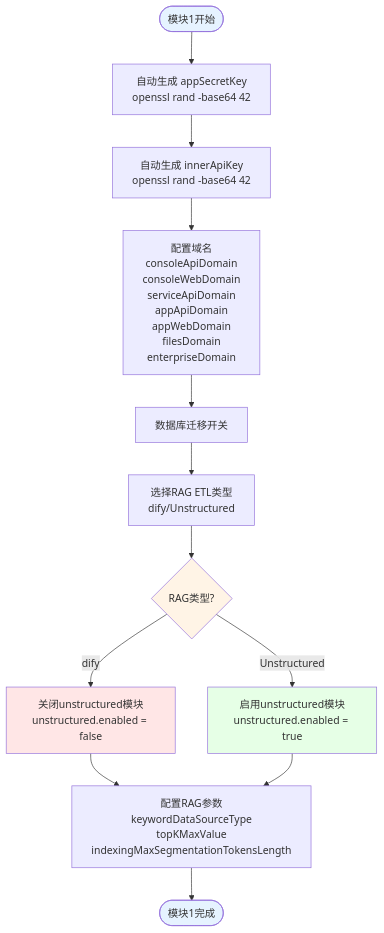
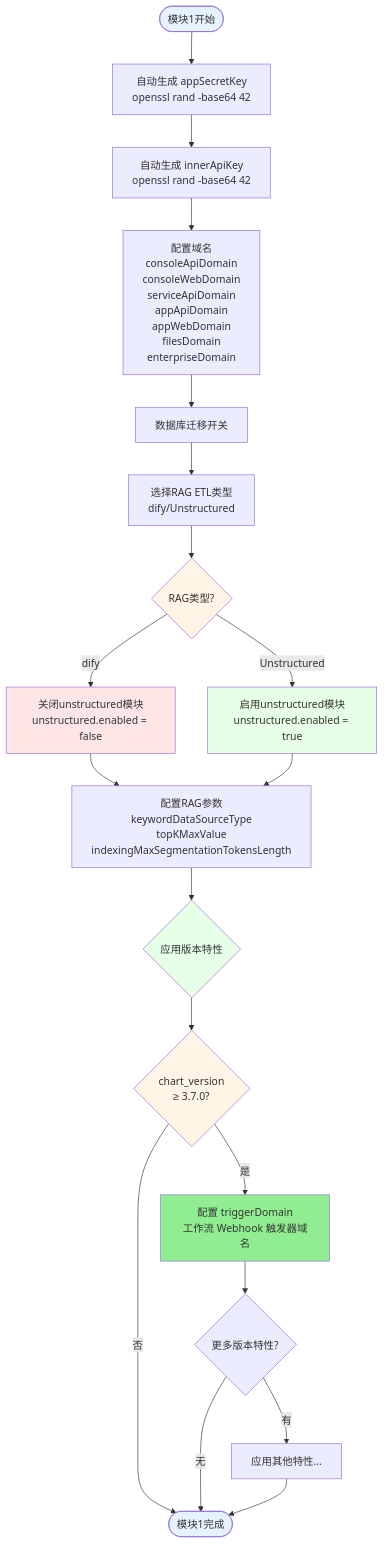
Before and after one commit to langgenius/dify-ee-helm-chart-values-generator: the third of 10 diagrams in docs/FLOWCHART.md, drawn with Mermaid. The commit also changed other lines of this file and 11 other files, not shown here.

First line of the commit message:
Add feature-based architecture for version-specific config and Add support for 3.7.x  (#3)

````diff
--- a/docs/FLOWCHART.md
+++ b/docs/FLOWCHART.md
@@ -40,27 +149,40 @@
 ```mermaid
 flowchart TD
     Start([模块1开始]) --> GenAppSecret[自动生成 appSecretKey<br/>openssl rand -base64 42]
     GenAppSecret --> GenInnerSecret[自动生成 innerApiKey<br/>openssl rand -base64 42]
     
     GenInnerSecret --> Domains[配置域名<br/>consoleApiDomain<br/>consoleWebDomain<br/>serviceApiDomain<br/>appApiDomain<br/>appWebDomain<br/>filesDomain<br/>enterpriseDomain]
     
     Domains --> DBMigration[数据库迁移开关]
     DBMigration --> RAGType[选择RAG ETL类型<br/>dify/Unstructured]
     
     RAGType --> RAGCheck{RAG类型?}
     RAGCheck -->|dify| DisableUnstructured[关闭unstructured模块<br/>unstructured.enabled = false]
     RAGCheck -->|Unstructured| EnableUnstructured[启用unstructured模块<br/>unstructured.enabled = true]
     
     DisableUnstructured --> RAGConfig
     EnableUnstructured --> RAGConfig
     
     RAGConfig[配置RAG参数<br/>keywordDataSourceType<br/>topKMaxValue<br/>indexingMaxSegmentationTokensLength]
     
-    RAGConfig --> End([模块1完成])
+    RAGConfig --> ApplyFeatures{应用版本特性}
+    
+    ApplyFeatures --> CheckVersion{chart_version<br/>≥ 3.7.0?}
+    CheckVersion -->|是| TriggerDomain[配置 triggerDomain<br/>工作流 Webhook 触发器域名]
+    CheckVersion -->|否| End
+    TriggerDomain --> CheckFuture{更多版本特性?}
+    CheckFuture -->|有| ApplyMore[应用其他特性...]
+    CheckFuture -->|无| End
+    ApplyMore --> End
+    
+    End([模块1完成])
     
     style Start fill:#E6F3FF
     style End fill:#E6F3FF
     style RAGCheck fill:#FFF4E6
     style DisableUnstructured fill:#FFE6E6
     style EnableUnstructured fill:#E6FFE6
+    style ApplyFeatures fill:#E6FFE6
+    style TriggerDomain fill:#90EE90
+    style CheckVersion fill:#FFF4E6
 ```
````
